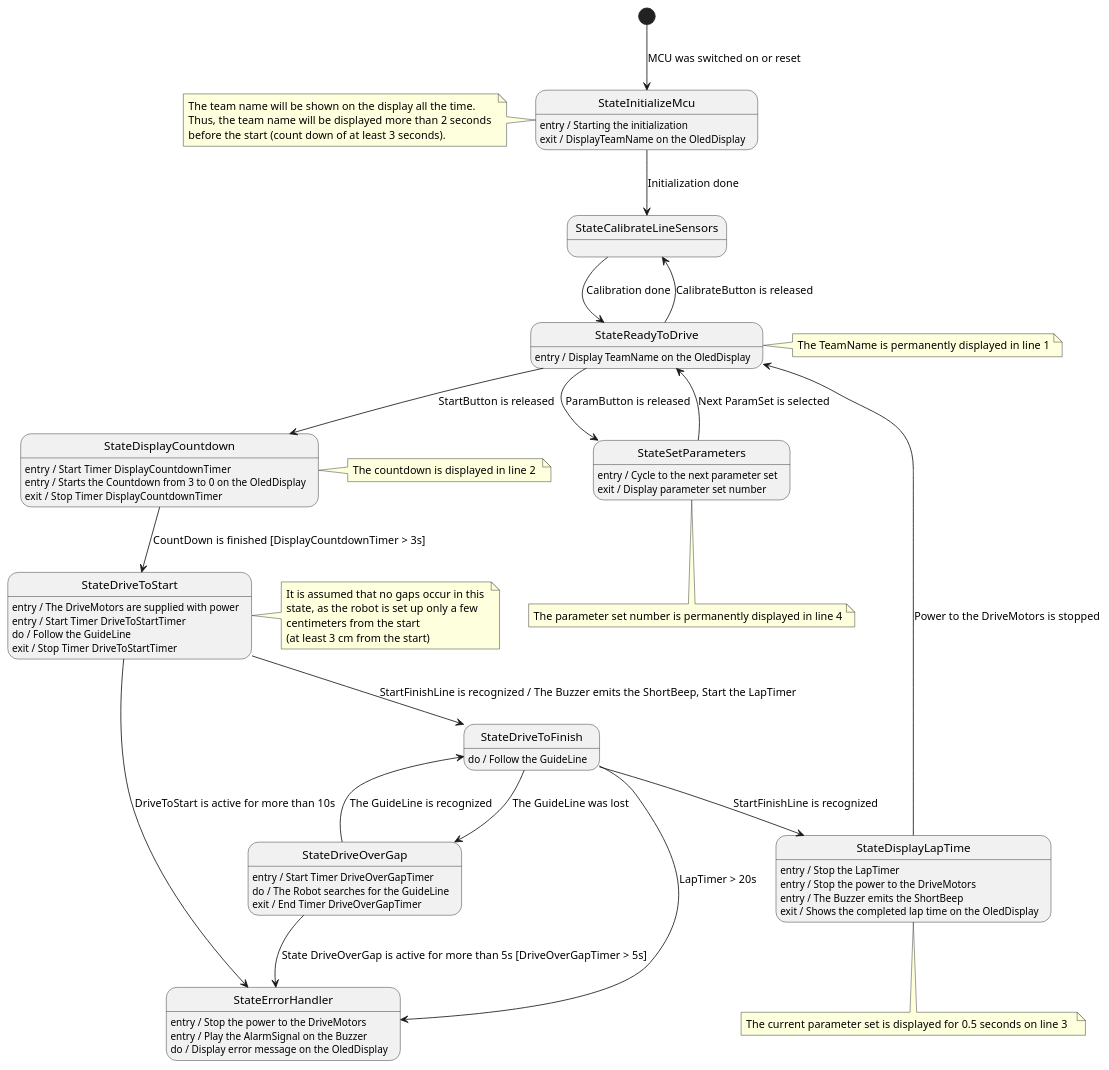
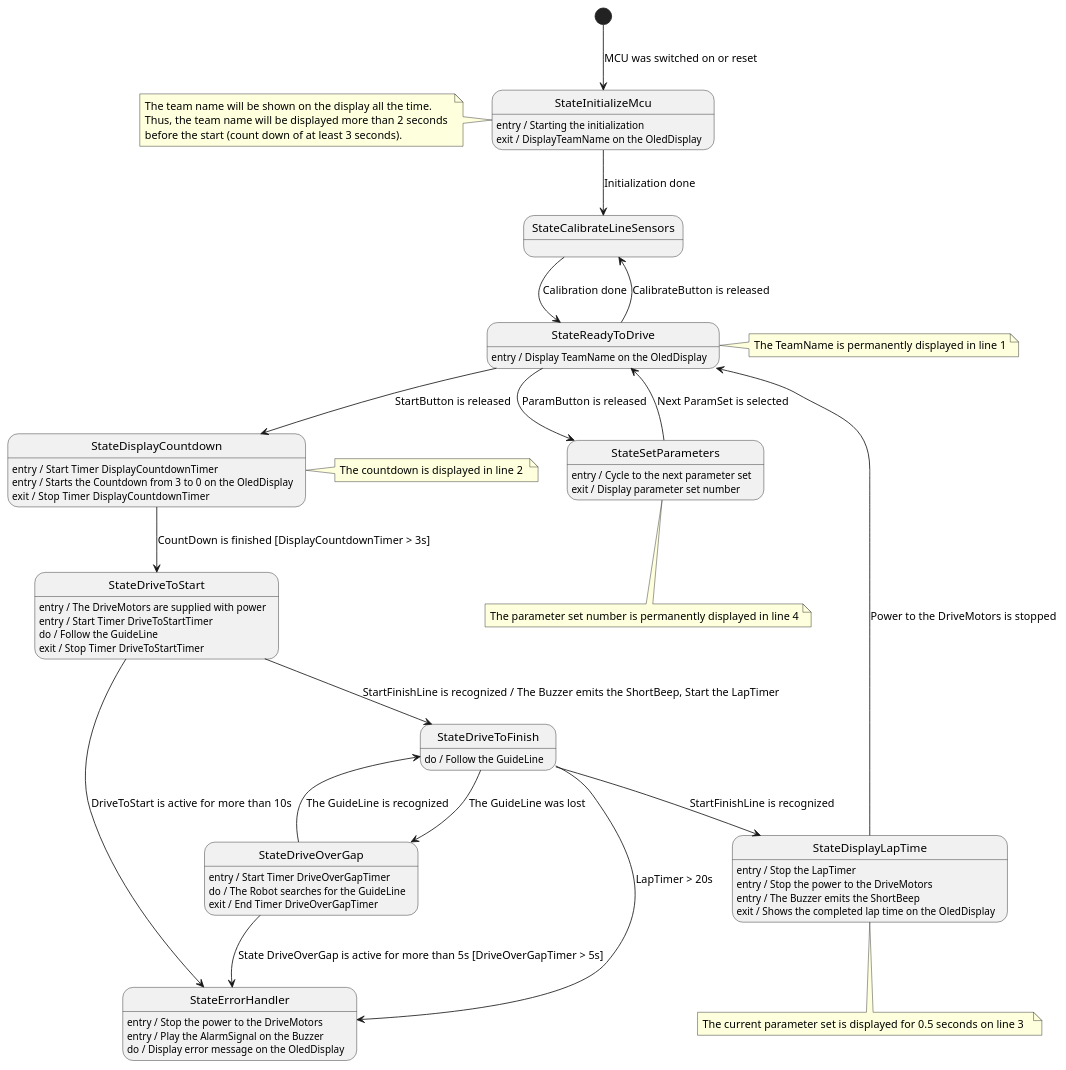
The diagram in Pa2.2/Durchführung/Diagrams/StateDiagram.puml (Manumals/Software_Engineering_fuer_Embedded_Systems), drawn with PlantUML before and after one commit.

Commit message:
Korrektur des State Diagramms

```diff
--- a/Pa2.2/Durchführung/Diagrams/StateDiagram.puml
+++ b/Pa2.2/Durchführung/Diagrams/StateDiagram.puml
@@ -1,86 +1,79 @@
 @startuml
 
 'StateInitializeMcu'
 [*] --> StateInitializeMcu : MCU was switched on or reset
 StateInitializeMcu --> StateCalibrateLineSensors : Initialization done
 StateInitializeMcu : entry / Starting the initialization
 StateInitializeMcu : exit / DisplayTeamName on the OledDisplay
 note left of StateInitializeMcu
     The team name will be shown on the display all the time. 
     Thus, the team name will be displayed more than 2 seconds 
     before the start (count down of at least 3 seconds).
 end note
 
 'StateCalibrateLineSensors'
 StateCalibrateLineSensors --> StateReadyToDrive : Calibration done
 
 'StateReadyToDrive'
 StateReadyToDrive --> StateSetParameters :ParamButton is released
 StateReadyToDrive --> StateDisplayCountdown : StartButton is released
 StateReadyToDrive --> StateCalibrateLineSensors : CalibrateButton is released
 StateReadyToDrive : entry / Display TeamName on the OledDisplay
 note right of StateReadyToDrive
 The TeamName is permanently displayed in line 1
 end note
 
 'StateDisplayCountdown'
 StateDisplayCountdown --> StateDriveToStart : CountDown is finished [DisplayCountdownTimer > 3s]
 StateDisplayCountdown: entry /  Start Timer DisplayCountdownTimer
 StateDisplayCountdown: entry / Starts the Countdown from 3 to 0 on the OledDisplay
 StateDisplayCountdown: exit /  Stop Timer DisplayCountdownTimer
 note right of StateDisplayCountdown
 The countdown is displayed in line 2 
 end note
 
 'StateDriveToStart'
 StateDriveToStart --> StateDriveToFinish : StartFinishLine is recognized / The Buzzer emits the ShortBeep, Start the LapTimer 
 StateDriveToStart --> StateErrorHandler : DriveToStart is active for more than 10s
 StateDriveToStart: entry / The DriveMotors are supplied with power 
 StateDriveToStart: entry / Start Timer DriveToStartTimer
 StateDriveToStart: do / Follow the GuideLine 
 StateDriveToStart: exit / Stop Timer DriveToStartTimer
-note right of StateDriveToStart
-    It is assumed that no gaps occur in this 
-    state, as the robot is set up only a few 
-    centimeters from the start 
-    (at least 3 cm from the start)
-end note
-
 
 'StateDriveToFinish'
 StateDriveToFinish --> StateErrorHandler : LapTimer > 20s
 StateDriveToFinish --> StateDriveOverGap : The GuideLine was lost
 StateDriveToFinish --> StateDisplayLapTime : StartFinishLine is recognized
 StateDriveToFinish : do / Follow the GuideLine 
 
 'StateDriveOverGap'
 StateDriveOverGap --> StateErrorHandler : State DriveOverGap is active for more than 5s [DriveOverGapTimer > 5s]
 StateDriveOverGap  --> StateDriveToFinish : The GuideLine is recognized
 StateDriveOverGap: entry / Start Timer DriveOverGapTimer
 StateDriveOverGap : do / The Robot searches for the GuideLine
 StateDriveOverGap: exit / End Timer DriveOverGapTimer
 
 'StateDisplayLapTime
 StateDisplayLapTime  --> StateReadyToDrive : Power to the DriveMotors is stopped
 StateDisplayLapTime : entry / Stop the LapTimer
 StateDisplayLapTime : entry / Stop the power to the DriveMotors
 StateDisplayLapTime : entry / The Buzzer emits the ShortBeep
 StateDisplayLapTime : exit / Shows the completed lap time on the OledDisplay
 note bottom of StateDisplayLapTime
 The current parameter set is displayed for 0.5 seconds on line 3  
 end note
 
 'StateSetParameters
 StateSetParameters --> StateReadyToDrive : Next ParamSet is selected
 StateSetParameters: entry / Cycle to the next parameter set
 StateSetParameters: exit / Display parameter set number
 note bottom of StateSetParameters
 The parameter set number is permanently displayed in line 4
 end note
 
 'StateErrorHandler
 StateErrorHandler: entry / Stop the power to the DriveMotors
 StateErrorHandler: entry / Play the AlarmSignal on the Buzzer
 StateErrorHandler: do / Display error message on the OledDisplay
 
 @enduml
```
